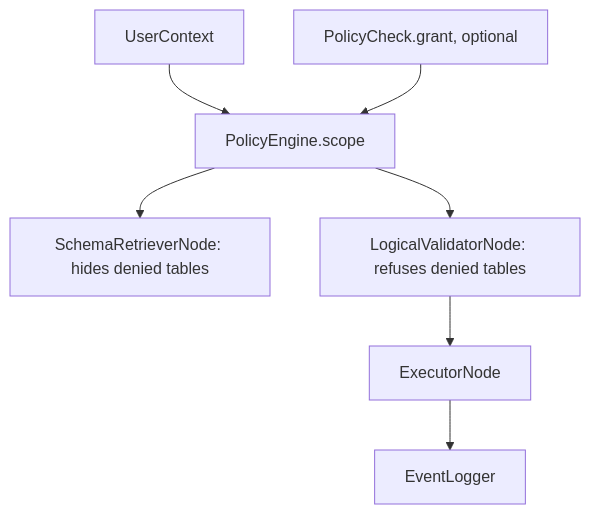
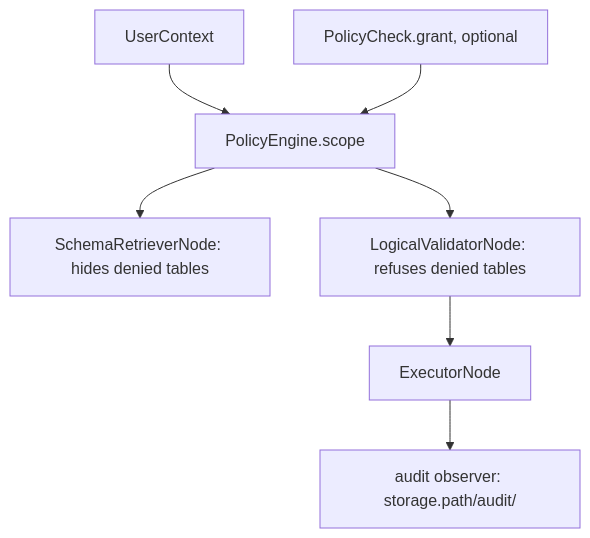
One commit to nadeem4/nl2sql changed the diagram in docs/security/model.md. Above: the diagram before and after it, drawn with Mermaid. The commit also changed other lines of this file and 41 other files, not shown here.

````diff
--- a/docs/security/model.md
+++ b/docs/security/model.md
@@ -139,9 +139,9 @@
 ```mermaid
 flowchart TD
     User[UserContext] --> Scope[PolicyEngine.scope]
     Check[PolicyCheck.grant, optional] --> Scope
     Scope --> Retriever[SchemaRetrieverNode: hides denied tables]
     Scope --> Validator[LogicalValidatorNode: refuses denied tables]
     Validator --> Executor[ExecutorNode]
-    Executor --> Audit[EventLogger]
+    Executor --> Audit[audit observer: storage.path/audit/]
 ```
````
